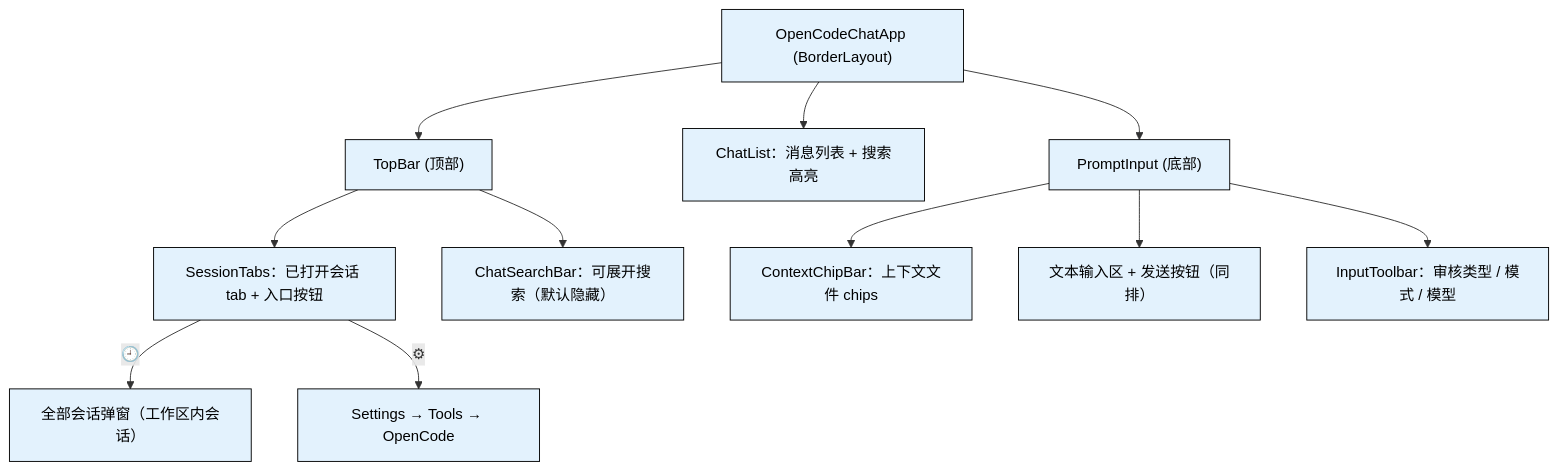
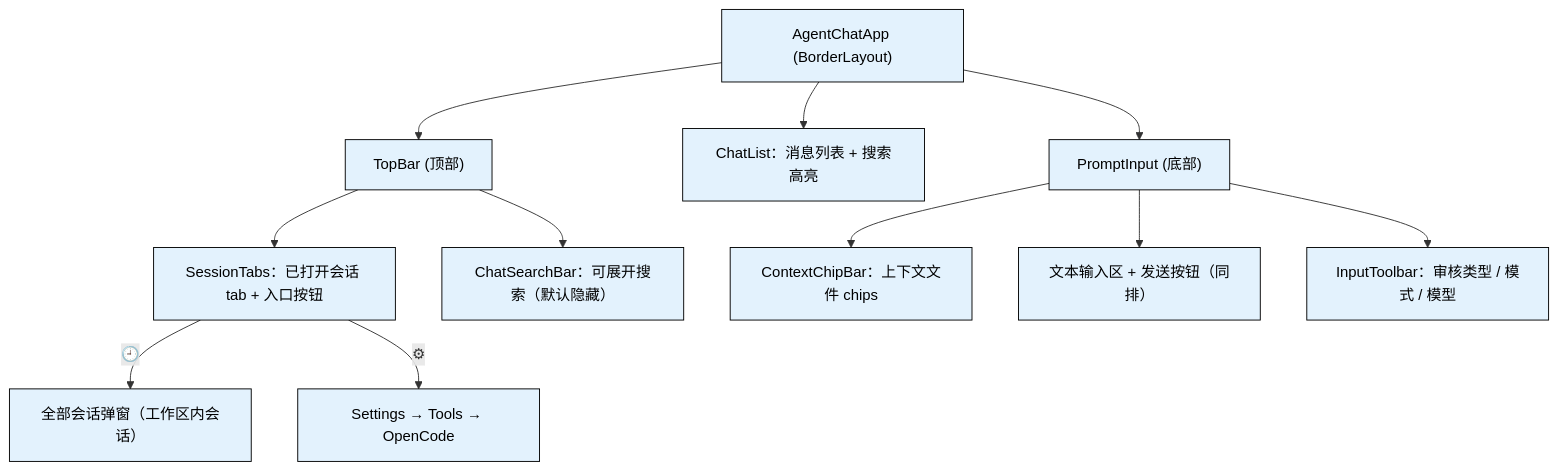
One commit to ayongw/idea-agent-panel changed the first of 2 diagrams in docs/tsd/TSD-07-主界面布局设计.md. Above: the diagram before and after it, drawn with Mermaid. The commit also changed other lines of this file and 404 other files, not shown here.

Commit message:
refactor: 会话与布局稳定性修复，插件更名 idea-agent-panel 并去 OpenCode 化

````diff
--- a/docs/tsd/TSD-07-主界面布局设计.md
+++ b/docs/tsd/TSD-07-主界面布局设计.md
@@ -47,27 +47,27 @@
 ```mermaid
 flowchart TB
     classDef app fill:#e3f2fd,color:#000000,stroke:#000000
 
-    App["OpenCodeChatApp (BorderLayout)"]:::app
+    App["AgentChatApp (BorderLayout)"]:::app
     TopBar["TopBar (顶部)"]:::app
     Tabs["SessionTabs：已打开会话 tab + 入口按钮"]:::app
     Search["ChatSearchBar：可展开搜索（默认隐藏）"]:::app
     ChatList["ChatList：消息列表 + 搜索高亮"]:::app
     Prompt["PromptInput (底部)"]:::app
     Chips["ContextChipBar：上下文文件 chips"]:::app
     Editor["文本输入区 + 发送按钮（同排）"]:::app
     Toolbar["InputToolbar：审核类型 / 模式 / 模型"]:::app
     Popup["全部会话弹窗（工作区内会话）"]:::app
     Settings["Settings → Tools → OpenCode"]:::app
 
     App --> TopBar
     App --> ChatList
     App --> Prompt
     TopBar --> Tabs
     TopBar --> Search
     Tabs -->|"🕘"| Popup
     Tabs -->|"⚙"| Settings
     Prompt --> Chips
     Prompt --> Editor
     Prompt --> Toolbar
 ```
````
